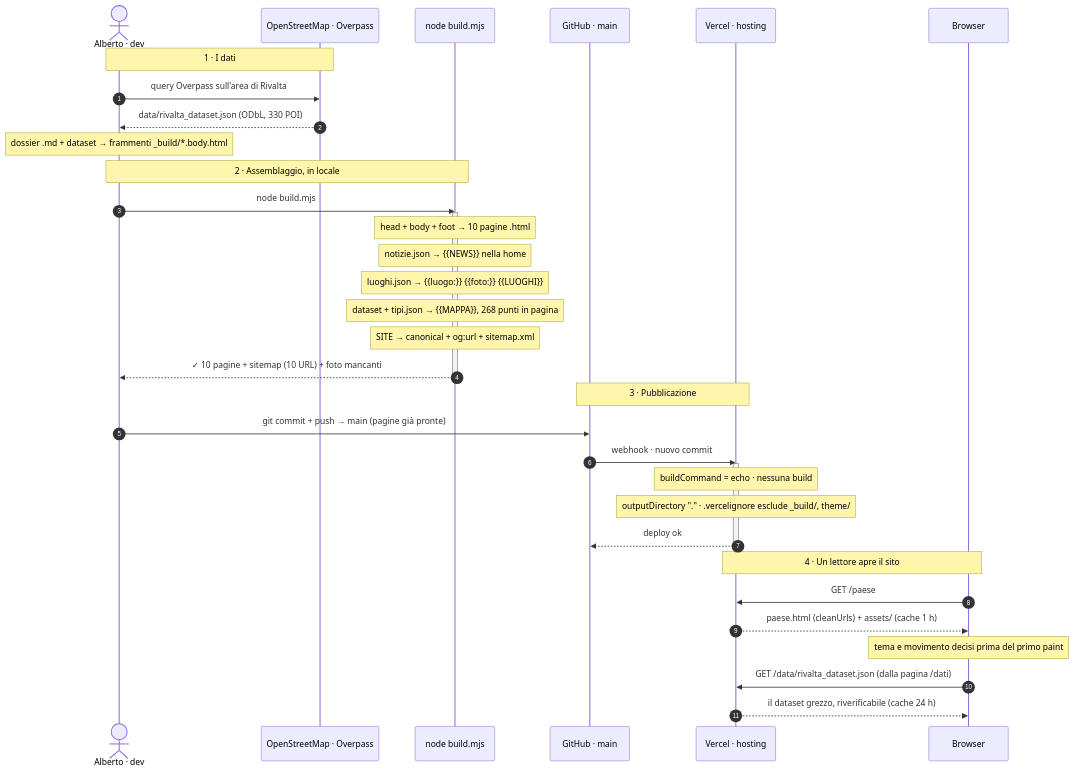
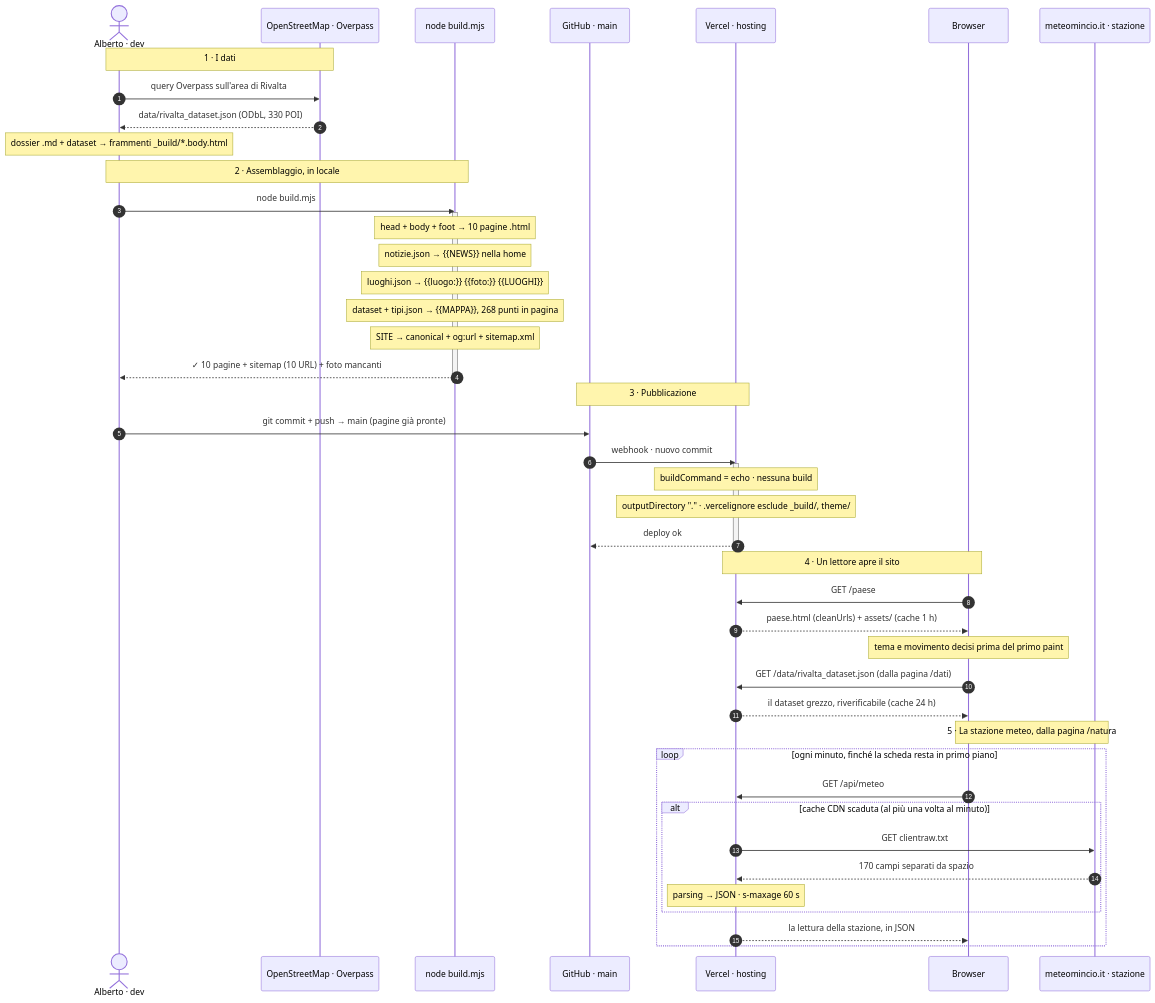
Before and after one commit to albertoxpecchini/rivaltasulmincio: the diagram in README.md, drawn with Mermaid. The commit also changed other lines of this file and 12 other files, not shown here.

````diff
--- a/README.md
+++ b/README.md
@@ -292,42 +297,54 @@
 ```mermaid
 sequenceDiagram
     autonumber
     actor Dev as Alberto · dev
     participant OSM as OpenStreetMap · Overpass
     participant BLD as node build.mjs
     participant GH as GitHub · main
     participant VC as Vercel · hosting
     participant BR as Browser
+    participant WX as meteomincio.it · stazione
 
     Note over Dev,OSM: 1 · I dati
     Dev->>OSM: query Overpass sull'area di Rivalta
     OSM-->>Dev: data/rivalta_dataset.json (ODbL, 330 POI)
     Note over Dev: dossier .md + dataset → frammenti _build/*.body.html
 
     Note over Dev,BLD: 2 · Assemblaggio, in locale
     Dev->>BLD: node build.mjs
     activate BLD
     Note over BLD: head + body + foot → 10 pagine .html
     Note over BLD: notizie.json → {{NEWS}} nella home
     Note over BLD: luoghi.json → {{luogo:}} {{foto:}} {{LUOGHI}}
     Note over BLD: dataset + tipi.json → {{MAPPA}}, 268 punti in pagina
     Note over BLD: SITE → canonical + og:url + sitemap.xml
     BLD-->>Dev: ✓ 10 pagine + sitemap (10 URL) + foto mancanti
     deactivate BLD
 
     Note over GH,VC: 3 · Pubblicazione
     Dev->>GH: git commit + push → main (pagine già pronte)
     GH->>VC: webhook · nuovo commit
     activate VC
     Note over VC: buildCommand = echo · nessuna build
     Note over VC: outputDirectory "." · .vercelignore esclude _build/, theme/
     VC-->>GH: deploy ok
     deactivate VC
 
     Note over BR,VC: 4 · Un lettore apre il sito
     BR->>VC: GET /paese
     VC-->>BR: paese.html (cleanUrls) + assets/ (cache 1 h)
     Note over BR: tema e movimento decisi prima del primo paint
     BR->>VC: GET /data/rivalta_dataset.json (dalla pagina /dati)
     VC-->>BR: il dataset grezzo, riverificabile (cache 24 h)
+
+    Note over BR,WX: 5 · La stazione meteo, dalla pagina /natura
+    loop ogni minuto, finché la scheda resta in primo piano
+        BR->>VC: GET /api/meteo
+        alt cache CDN scaduta (al più una volta al minuto)
+            VC->>WX: GET clientraw.txt
+            WX-->>VC: 170 campi separati da spazio
+            Note over VC: parsing → JSON · s-maxage 60 s
+        end
+        VC-->>BR: la lettura della stazione, in JSON
+    end
 ```
````
